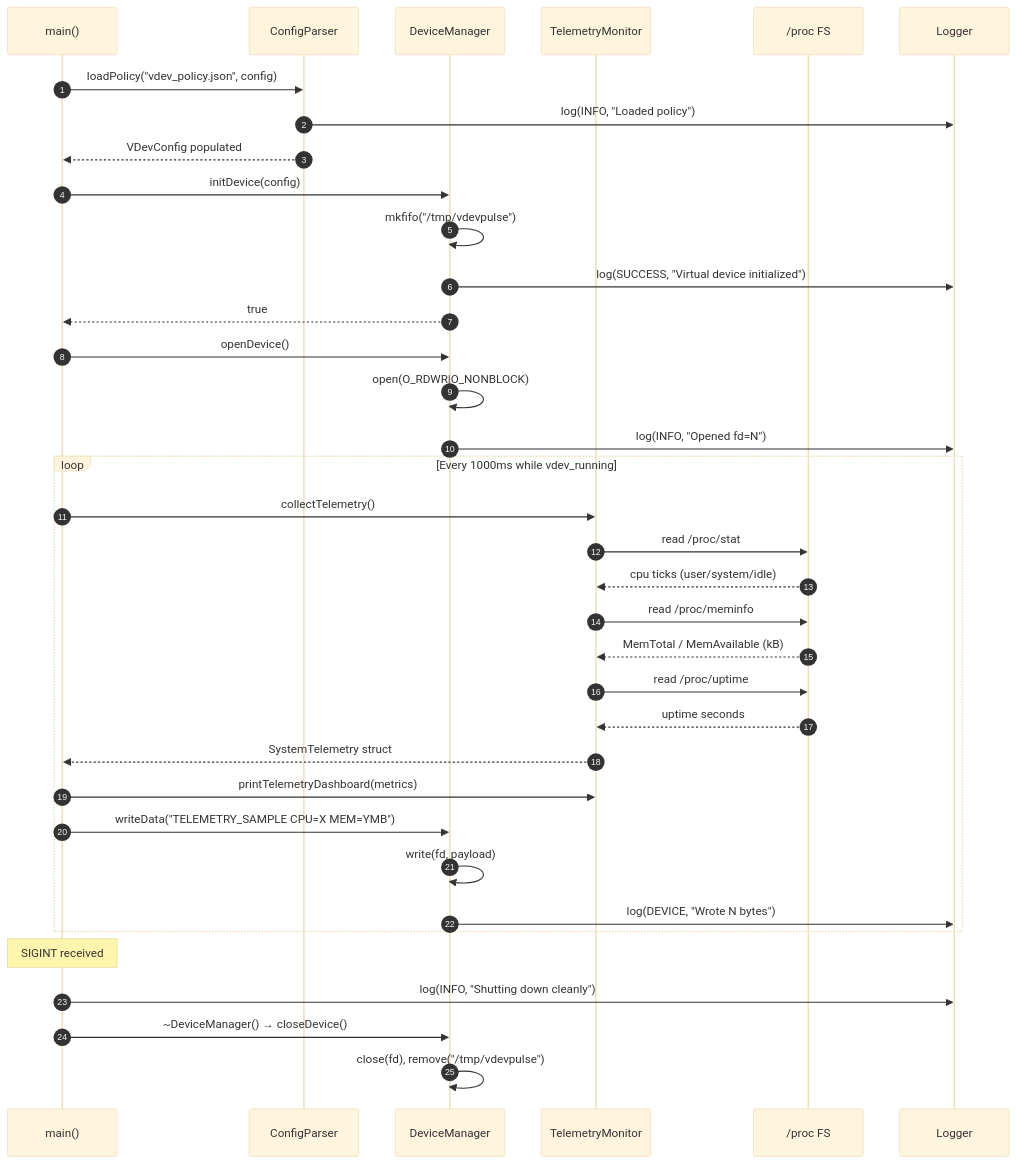
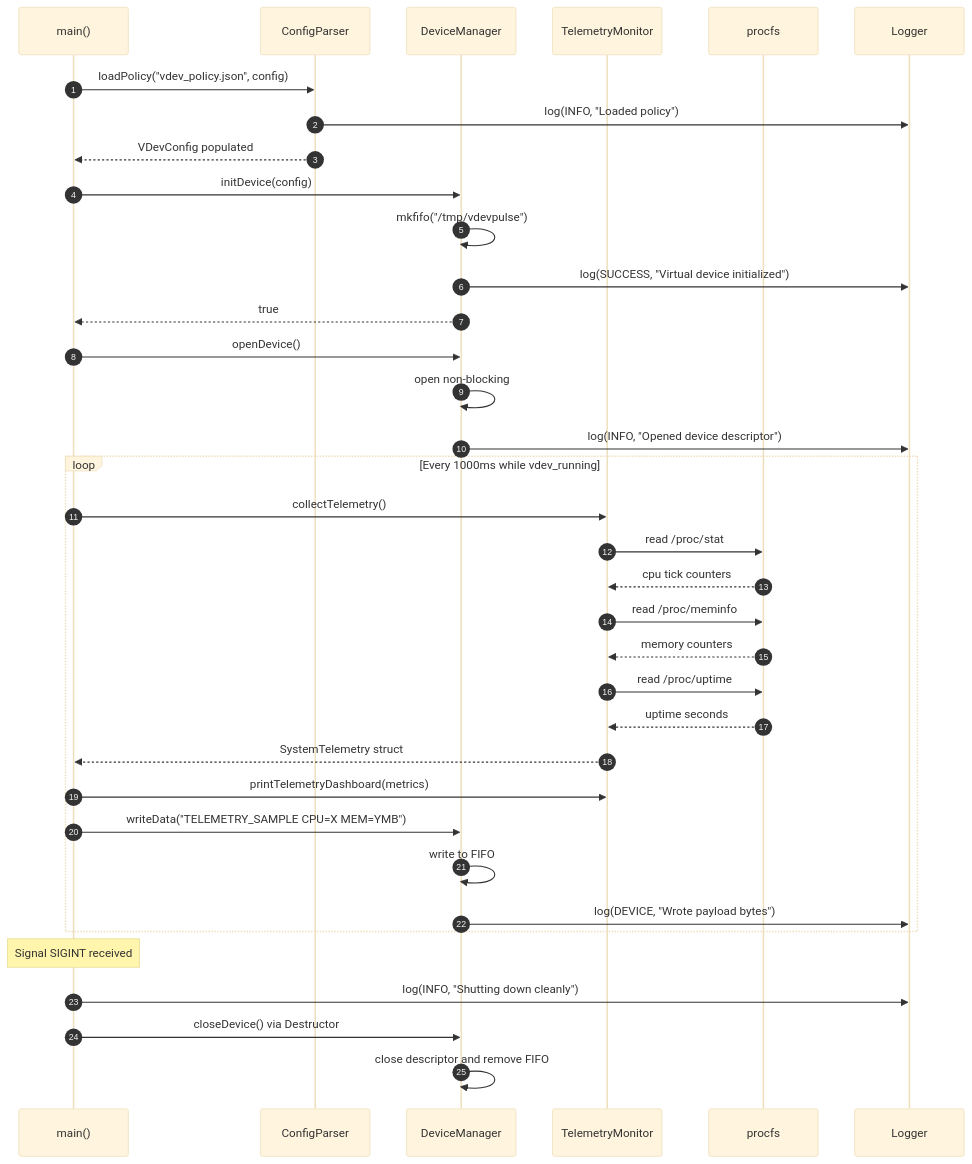
One commit to priyansudas07/Wipro-Embedded-Training changed the second of 3 diagrams in Wipro Individual Project/vdevpulse/docs/stage3_architecture.md. Above: the diagram before and after it, drawn with Mermaid (base theme). The commit also changed other lines of this file, not shown here.

Commit message:
Fix Mermaid state diagram and sequence diagram syntax in Stage 3 architecture doc

````diff
--- a/Wipro Individual Project/vdevpulse/docs/stage3_architecture.md
+++ b/Wipro Individual Project/vdevpulse/docs/stage3_architecture.md
@@ -179,44 +179,44 @@
 ```mermaid
 sequenceDiagram
     autonumber
     participant Main as main()
     participant CFG as ConfigParser
     participant DEV as DeviceManager
     participant TEL as TelemetryMonitor
-    participant PROC as /proc FS
+    participant PROC as procfs
     participant LOG as Logger
 
     Main->>CFG: loadPolicy("vdev_policy.json", config)
     CFG->>LOG: log(INFO, "Loaded policy")
     CFG-->>Main: VDevConfig populated
 
     Main->>DEV: initDevice(config)
     DEV->>DEV: mkfifo("/tmp/vdevpulse")
     DEV->>LOG: log(SUCCESS, "Virtual device initialized")
     DEV-->>Main: true
 
     Main->>DEV: openDevice()
-    DEV->>DEV: open(O_RDWR|O_NONBLOCK)
-    DEV->>LOG: log(INFO, "Opened fd=N")
+    DEV->>DEV: open non-blocking
+    DEV->>LOG: log(INFO, "Opened device descriptor")
 
     loop Every 1000ms while vdev_running
         Main->>TEL: collectTelemetry()
         TEL->>PROC: read /proc/stat
-        PROC-->>TEL: cpu ticks (user/system/idle)
+        PROC-->>TEL: cpu tick counters
         TEL->>PROC: read /proc/meminfo
-        PROC-->>TEL: MemTotal / MemAvailable (kB)
+        PROC-->>TEL: memory counters
         TEL->>PROC: read /proc/uptime
         PROC-->>TEL: uptime seconds
         TEL-->>Main: SystemTelemetry struct
 
         Main->>TEL: printTelemetryDashboard(metrics)
         Main->>DEV: writeData("TELEMETRY_SAMPLE CPU=X MEM=YMB")
-        DEV->>DEV: write(fd, payload)
-        DEV->>LOG: log(DEVICE, "Wrote N bytes")
+        DEV->>DEV: write to FIFO
+        DEV->>LOG: log(DEVICE, "Wrote payload bytes")
     end
 
-    Note over Main: SIGINT received
+    Note over Main: Signal SIGINT received
     Main->>LOG: log(INFO, "Shutting down cleanly")
-    Main->>DEV: ~DeviceManager() → closeDevice()
-    DEV->>DEV: close(fd), remove("/tmp/vdevpulse")
+    Main->>DEV: closeDevice() via Destructor
+    DEV->>DEV: close descriptor and remove FIFO
 ```
````
